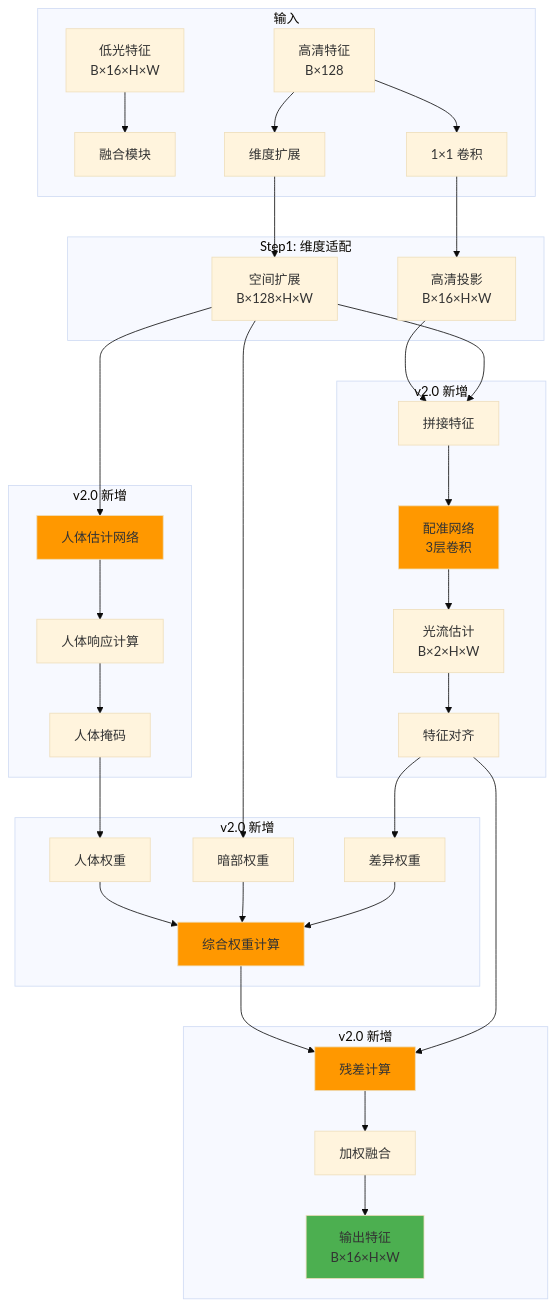
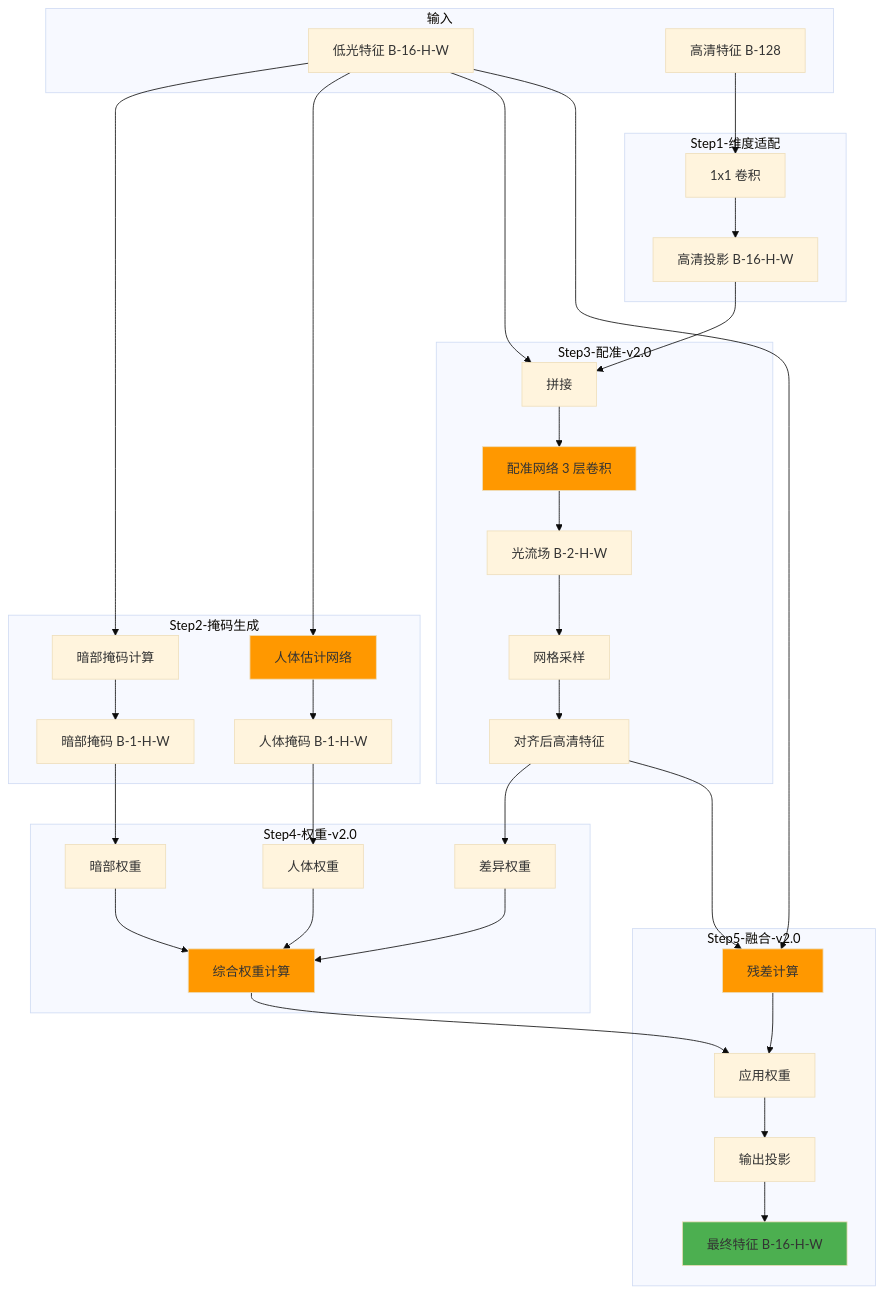
Before and after one commit to moonway0127/yolo_low_light_enhance: the third of 14 diagrams in README.md, drawn with Mermaid (base theme). The commit also changed other lines of this file and 8 other files, not shown here.

````diff
--- a/README.md
+++ b/README.md
@@ -97,49 +98,52 @@
 ```mermaid
 graph TB
     subgraph 输入
-        A[低光特征<br/>B×16×H×W] --> F[融合模块]
-        B[高清特征<br/>B×128] --> C[1×1 卷积]
-        B[高清特征<br/>B×128] --> G[维度扩展]
+        A[低光特征 B-16-H-W]
+        B[高清特征 B-128]
     end
     
-    subgraph Step1: 维度适配
-        C --> D[高清投影<br/>B×16×H×W]
-        G --> E[空间扩展<br/>B×128×H×W]
+    subgraph Step1-维度适配
+        B --> C[1x1 卷积]
+        C --> D[高清投影 B-16-H-W]
     end
     
-    subgraph Step2: 图像配准[v2.0 新增]
-        D --> H[拼接特征]
-        E --> H
-        H --> I[配准网络<br/>3层卷积]
-        I --> J[光流估计<br/>B×2×H×W]
-        J --> K[特征对齐]
+    subgraph Step2-掩码生成
+        A --> E[暗部掩码计算]
+        E --> F[暗部掩码 B-1-H-W]
+        A --> G[人体估计网络]
+        G --> H[人体掩码 B-1-H-W]
     end
     
-    subgraph Step3: 人体区域估计[v2.0 新增]
-        E --> L[人体估计网络]
-        L --> M[人体响应计算]
-        M --> N[人体掩码]
+    subgraph Step3-配准-v2.0
+        A --> I[拼接]
+        D --> I
+        I --> J[配准网络 3 层卷积]
+        J --> K[光流场 B-2-H-W]
+        K --> L[网格采样]
+        L --> M[对齐后高清特征]
     end
     
-    subgraph Step4: 三维权重[v2.0 新增]
-        N --> O[人体权重]
-        E --> P[暗部权重]
-        K --> Q[差异权重]
-        O --> R[综合权重计算]
-        P --> R
-        Q --> R
+    subgraph Step4-权重-v2.0
+        H --> N[人体权重]
+        F --> O[暗部权重]
+        M --> P[差异权重]
+        N --> Q[综合权重计算]
+        O --> Q
+        P --> Q
     end
     
-    subgraph Step5: 残差融合[v2.0 新增]
-        R --> S[残差计算]
-        K --> S
-        S --> T[加权融合]
-        T --> U[输出特征<br/>B×16×H×W]
+    subgraph Step5-融合-v2.0
+        M --> R[残差计算]
+        A --> R
+        R --> S[应用权重]
+        Q --> S
+        S --> T[输出投影]
+        T --> U[最终特征 B-16-H-W]
     end
     
-    style I fill:#ff9800
-    style L fill:#ff9800
+    style J fill:#ff9800
+    style G fill:#ff9800
+    style Q fill:#ff9800
     style R fill:#ff9800
-    style S fill:#ff9800
     style U fill:#4caf50
 ```
````
